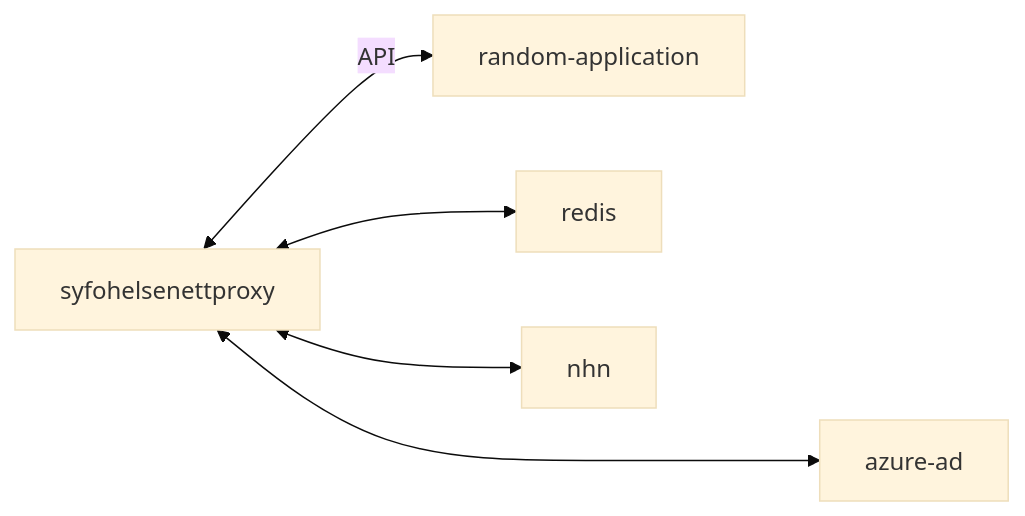
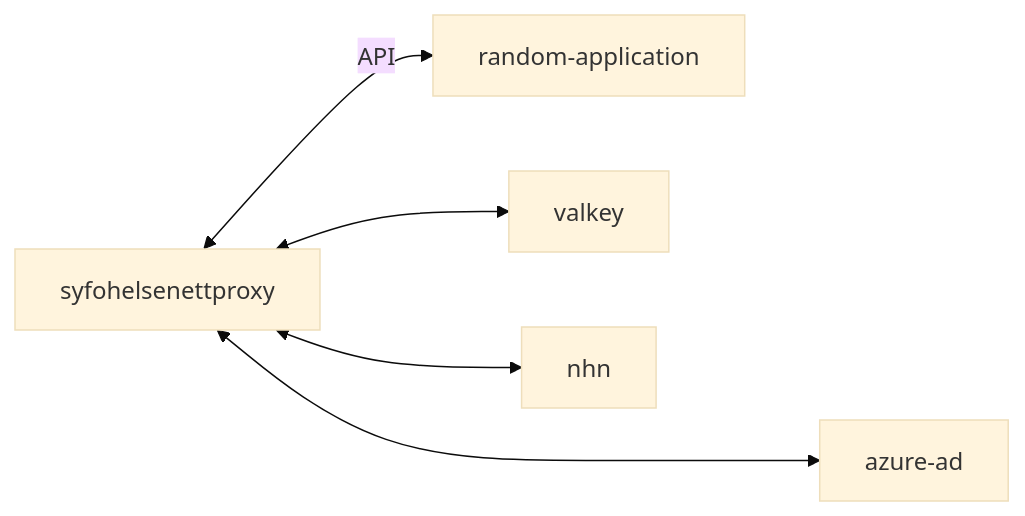
Before and after one commit to navikt/syfohelsenettproxy: the diagram in README.md, drawn with Mermaid (base theme). The commit also changed 14 other files, not shown here.

Commit message:
chore: swap redis with valkey

````diff
--- a/README.md
+++ b/README.md
@@ -24,7 +24,7 @@
 ```mermaid
   flowchart LR
       syfohelsenettproxy <-- API --> random-application
       syfohelsenettproxy <---> azure-ad
-      syfohelsenettproxy <--> redis
+      syfohelsenettproxy <--> valkey
       syfohelsenettproxy <--> nhn;
  ```
````
